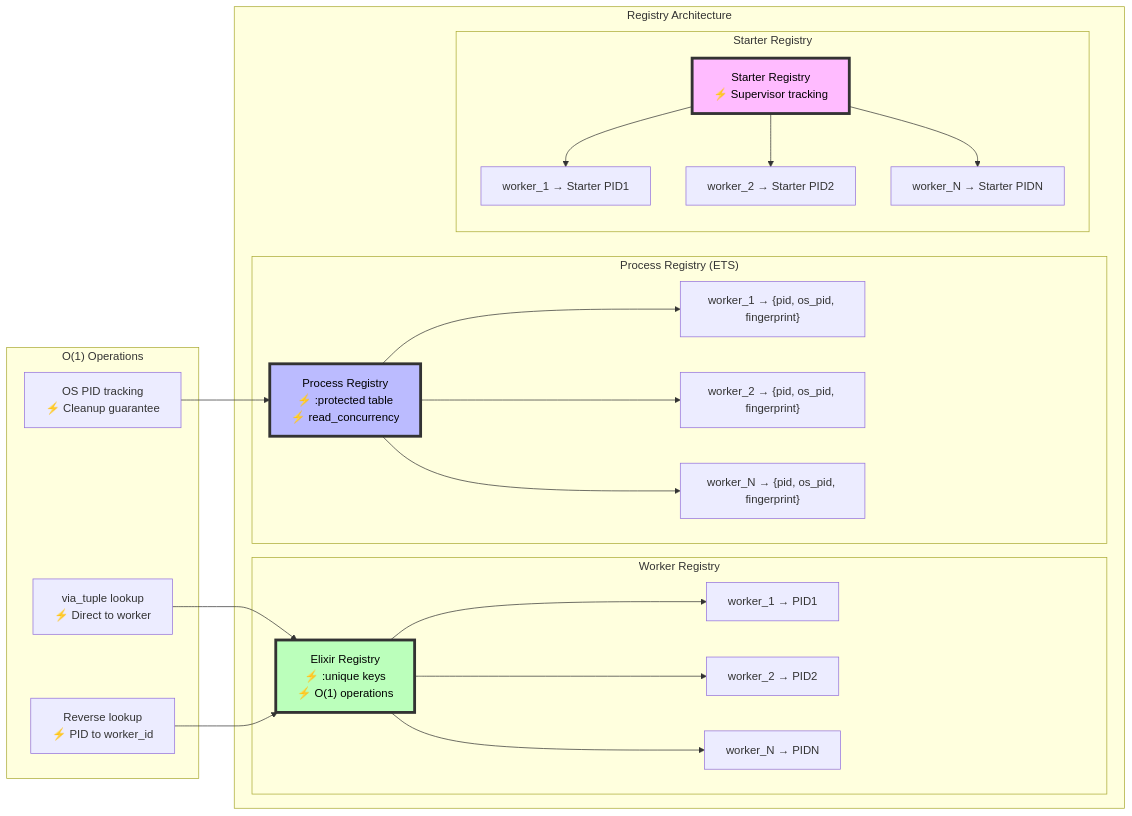
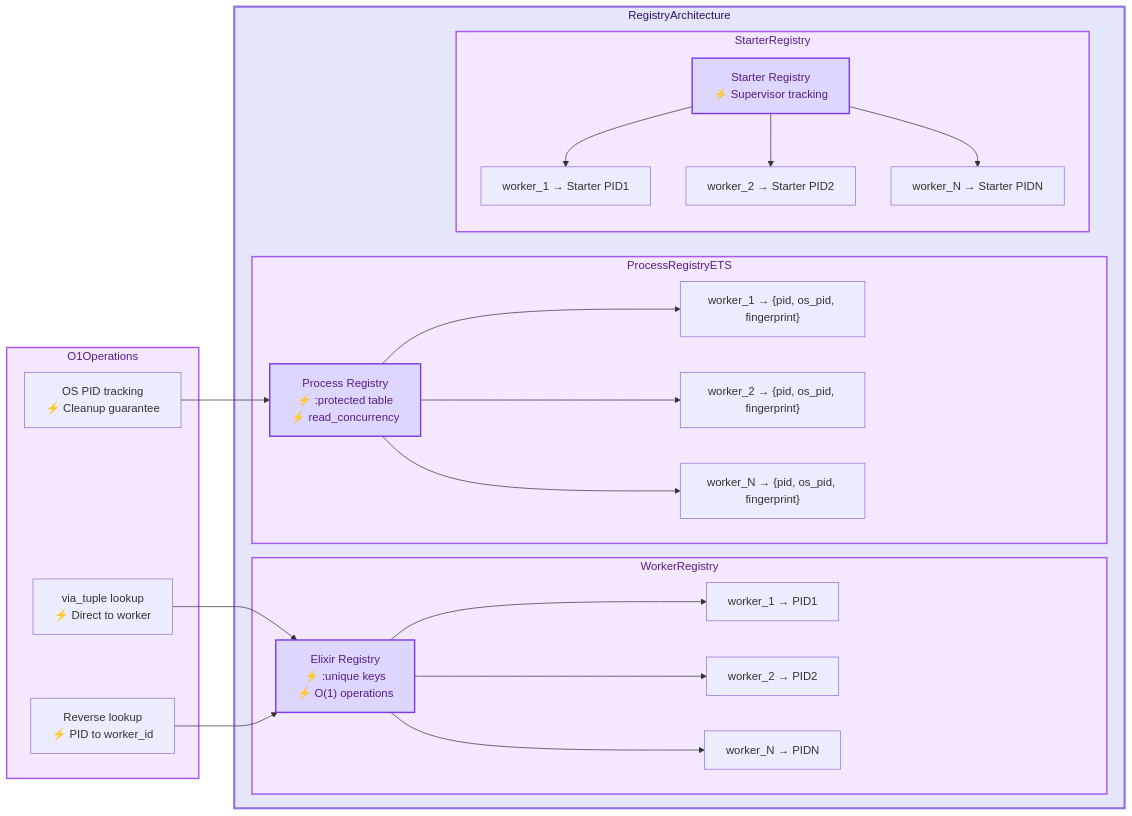
The seventh of 7 diagrams in DIAGS.md (nshkrdotcom/snakepit), drawn with Mermaid before and after one commit. The commit also changed other lines of this file, not shown here.

````diff
--- a/DIAGS.md
+++ b/DIAGS.md
@@ -295,51 +323,61 @@
 ```mermaid
 graph LR
-    subgraph "Registry Architecture"
-        subgraph "Worker Registry"
+    RegistryArchitecture["Registry Architecture"]
+    subgraph RegistryArchitecture
+        WorkerRegistry["Worker Registry"]
+        subgraph WorkerRegistry
             WR["Elixir Registry<br/>⚡ :unique keys<br/>⚡ O(1) operations"]
             WK1["worker_1 → PID1"]
             WK2["worker_2 → PID2"]
             WKN["worker_N → PIDN"]
         end
         
-        subgraph "Process Registry (ETS)"
+        ProcessRegistryETS["Process Registry ETS"]
+        subgraph ProcessRegistryETS
             PR["Process Registry<br/>⚡ :protected table<br/>⚡ read_concurrency"]
             PK1["worker_1 → {pid, os_pid, fingerprint}"]
             PK2["worker_2 → {pid, os_pid, fingerprint}"]
             PKN["worker_N → {pid, os_pid, fingerprint}"]
         end
         
-        subgraph "Starter Registry"
+        StarterRegistry["Starter Registry"]
+        subgraph StarterRegistry
             SR["Starter Registry<br/>⚡ Supervisor tracking"]
             SK1["worker_1 → Starter PID1"]
             SK2["worker_2 → Starter PID2"]
             SKN["worker_N → Starter PIDN"]
         end
     end
     
-    subgraph "O(1) Operations"
+    O1Operations["O(1) Operations"]
+    subgraph O1Operations
         Op1["via_tuple lookup<br/>⚡ Direct to worker"]
         Op2["Reverse lookup<br/>⚡ PID to worker_id"]
         Op3["OS PID tracking<br/>⚡ Cleanup guarantee"]
     end
     
     WR --> WK1
     WR --> WK2
     WR --> WKN
     
     PR --> PK1
     PR --> PK2
     PR --> PKN
     
     SR --> SK1
     SR --> SK2
     SR --> SKN
     
     Op1 --> WR
     Op2 --> WR
     Op3 --> PR
     
-    style WR fill:#bfb,stroke:#333,stroke-width:4px,color:#000
-    style PR fill:#bbf,stroke:#333,stroke-width:4px,color:#000
-    style SR fill:#fbf,stroke:#333,stroke-width:4px,color:#000
+    style RegistryArchitecture fill:#e6e6fa,stroke:#9370db,stroke-width:3px,color:#2e1065
+    style WorkerRegistry fill:#f3e8ff,stroke:#a855f7,stroke-width:2px,color:#581c87
+    style ProcessRegistryETS fill:#f3e8ff,stroke:#a855f7,stroke-width:2px,color:#581c87
+    style StarterRegistry fill:#f3e8ff,stroke:#a855f7,stroke-width:2px,color:#581c87
+    style O1Operations fill:#f3e8ff,stroke:#a855f7,stroke-width:2px,color:#581c87
+    style WR fill:#ddd6fe,stroke:#7c3aed,stroke-width:2px,color:#581c87
+    style PR fill:#ddd6fe,stroke:#7c3aed,stroke-width:2px,color:#581c87
+    style SR fill:#ddd6fe,stroke:#7c3aed,stroke-width:2px,color:#581c87
 ```
````
